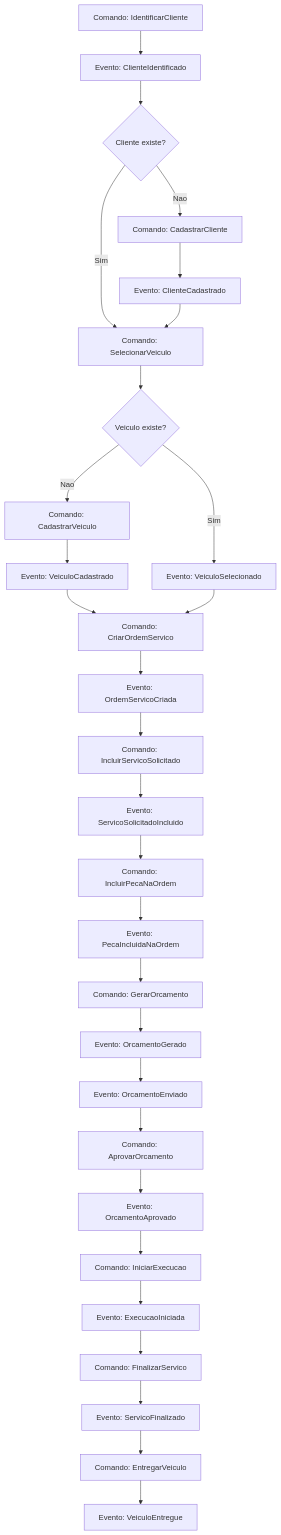
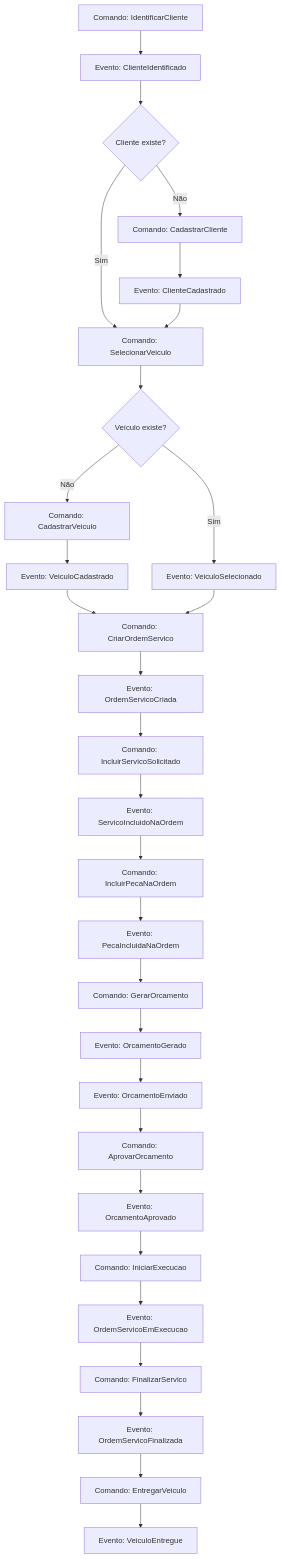
One commit to yxsbx/SOAT-FIAP changed the first of 3 diagrams in docs/ddd/event-storming-auto-care-hub.md. Above: the diagram before and after it, drawn with Mermaid. The commit also changed other lines of this file and 45 other files, not shown here.

````diff
--- a/docs/ddd/event-storming-auto-care-hub.md
+++ b/docs/ddd/event-storming-auto-care-hub.md
@@ -138,31 +137,31 @@
 ```mermaid
 flowchart TD
     C1["Comando: IdentificarCliente"] --> E1["Evento: ClienteIdentificado"]
     E1 --> P1{Cliente existe?}
-    P1 -- Nao --> C2["Comando: CadastrarCliente"]
+    P1 -- "Não" --> C2["Comando: CadastrarCliente"]
     C2 --> E2["Evento: ClienteCadastrado"]
     P1 -- Sim --> C3["Comando: SelecionarVeiculo"]
     E2 --> C3
-    C3 --> P2{Veiculo existe?}
-    P2 -- Nao --> C4["Comando: CadastrarVeiculo"]
+    C3 --> P2{Veículo existe?}
+    P2 -- "Não" --> C4["Comando: CadastrarVeiculo"]
     C4 --> E3["Evento: VeiculoCadastrado"]
     P2 -- Sim --> E4["Evento: VeiculoSelecionado"]
     E3 --> C5["Comando: CriarOrdemServico"]
     E4 --> C5
     C5 --> E5["Evento: OrdemServicoCriada"]
     E5 --> C6["Comando: IncluirServicoSolicitado"]
-    C6 --> E6["Evento: ServicoSolicitadoIncluido"]
+    C6 --> E6["Evento: ServicoIncluidoNaOrdem"]
     E6 --> C7["Comando: IncluirPecaNaOrdem"]
     C7 --> E7["Evento: PecaIncluidaNaOrdem"]
     E7 --> C8["Comando: GerarOrcamento"]
     C8 --> E8["Evento: OrcamentoGerado"]
     E8 --> E9["Evento: OrcamentoEnviado"]
     E9 --> C9["Comando: AprovarOrcamento"]
     C9 --> E10["Evento: OrcamentoAprovado"]
     E10 --> C10["Comando: IniciarExecucao"]
-    C10 --> E11["Evento: ExecucaoIniciada"]
+    C10 --> E11["Evento: OrdemServicoEmExecucao"]
     E11 --> C11["Comando: FinalizarServico"]
-    C11 --> E12["Evento: ServicoFinalizado"]
+    C11 --> E12["Evento: OrdemServicoFinalizada"]
     E12 --> C12["Comando: EntregarVeiculo"]
     C12 --> E13["Evento: VeiculoEntregue"]
 ```
````
